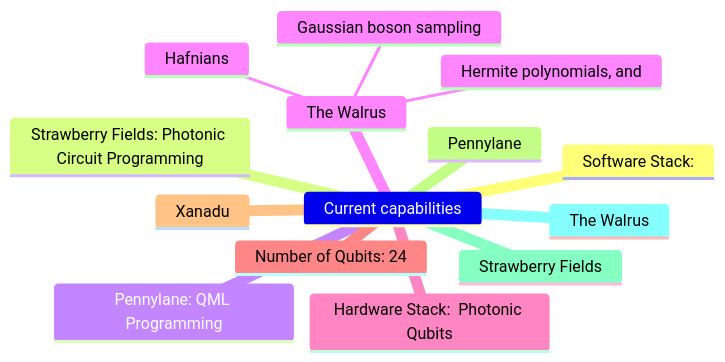
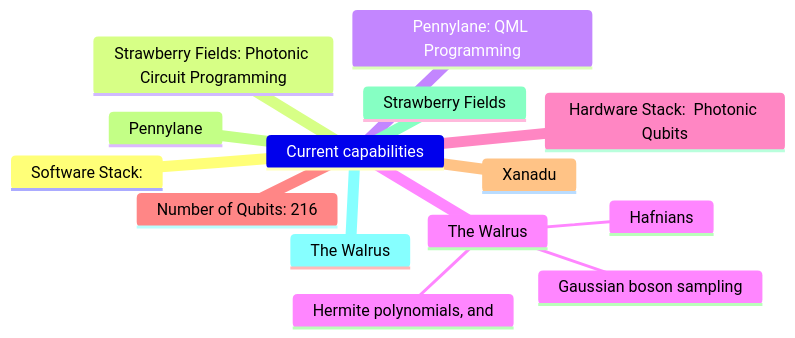
Before and after one commit to ICHEC/qpcc: the fourth of 4 diagrams in lecture-5/accessing-quantum-computing-systems.md, drawn with Mermaid. The commit also changed other lines of this file, not shown here.

````diff
--- a/lecture-5/accessing-quantum-computing-systems.md
+++ b/lecture-5/accessing-quantum-computing-systems.md
@@ -434,17 +434,17 @@
 ```{mermaid}
 mindmap
 Current capabilities​
     Software Stack:​
     Strawberry Fields: Photonic Circuit Programming​
     Pennylane: QML Programming​
     The Walrus
         Hafnians
         Hermite polynomials, and
         Gaussian boson sampling​
     Hardware Stack:  Photonic Qubits​
-    Number of Qubits: 24​
+    Number of Qubits: 216
     Xanadu​
     Pennylane​
     Strawberry Fields​
     The Walrus​
 ```
````
